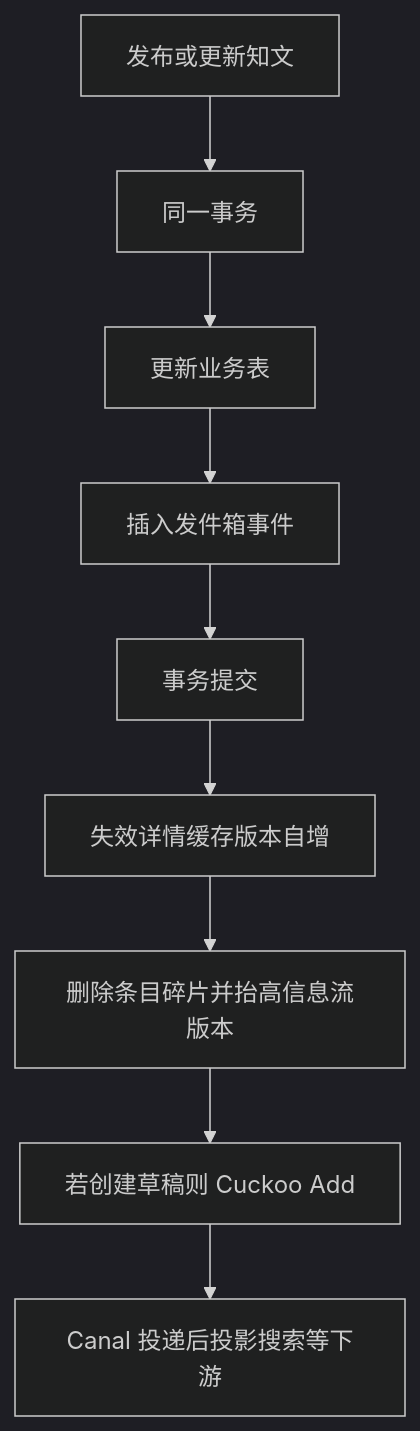
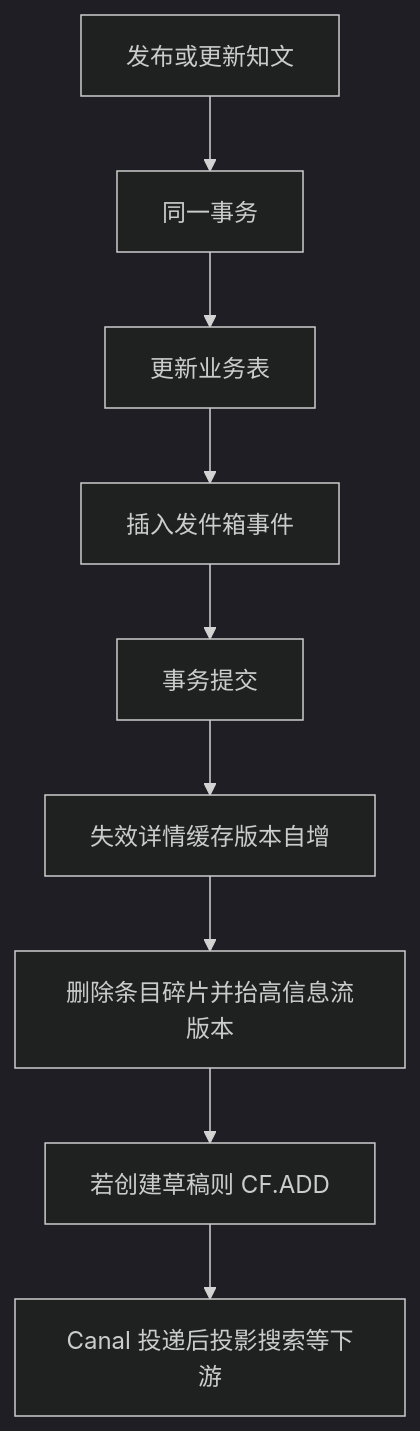
One commit to bitladykiller/zhiguang_go changed the second of 9 diagrams in docs/modules/04-知文内容缓存与Feed模块.md. Above: the diagram before and after it, drawn with Mermaid (dark theme). The commit also changed other lines of this file and 12 other files, not shown here.

````diff
--- a/docs/modules/04-知文内容缓存与Feed模块.md
+++ b/docs/modules/04-知文内容缓存与Feed模块.md
@@ -548,11 +555,11 @@
 ```mermaid
 flowchart TD
     A[发布或更新知文] --> B[同一事务]
     B --> C[更新业务表]
     C --> D[插入发件箱事件]
     D --> E[事务提交]
     E --> F[失效详情缓存版本自增]
     F --> G[删除条目碎片并抬高信息流版本]
-    G --> H[若创建草稿则 Cuckoo Add]
+    G --> H[若创建草稿则 CF.ADD]
     H --> I[Canal 投递后投影搜索等下游]
 ```
````
